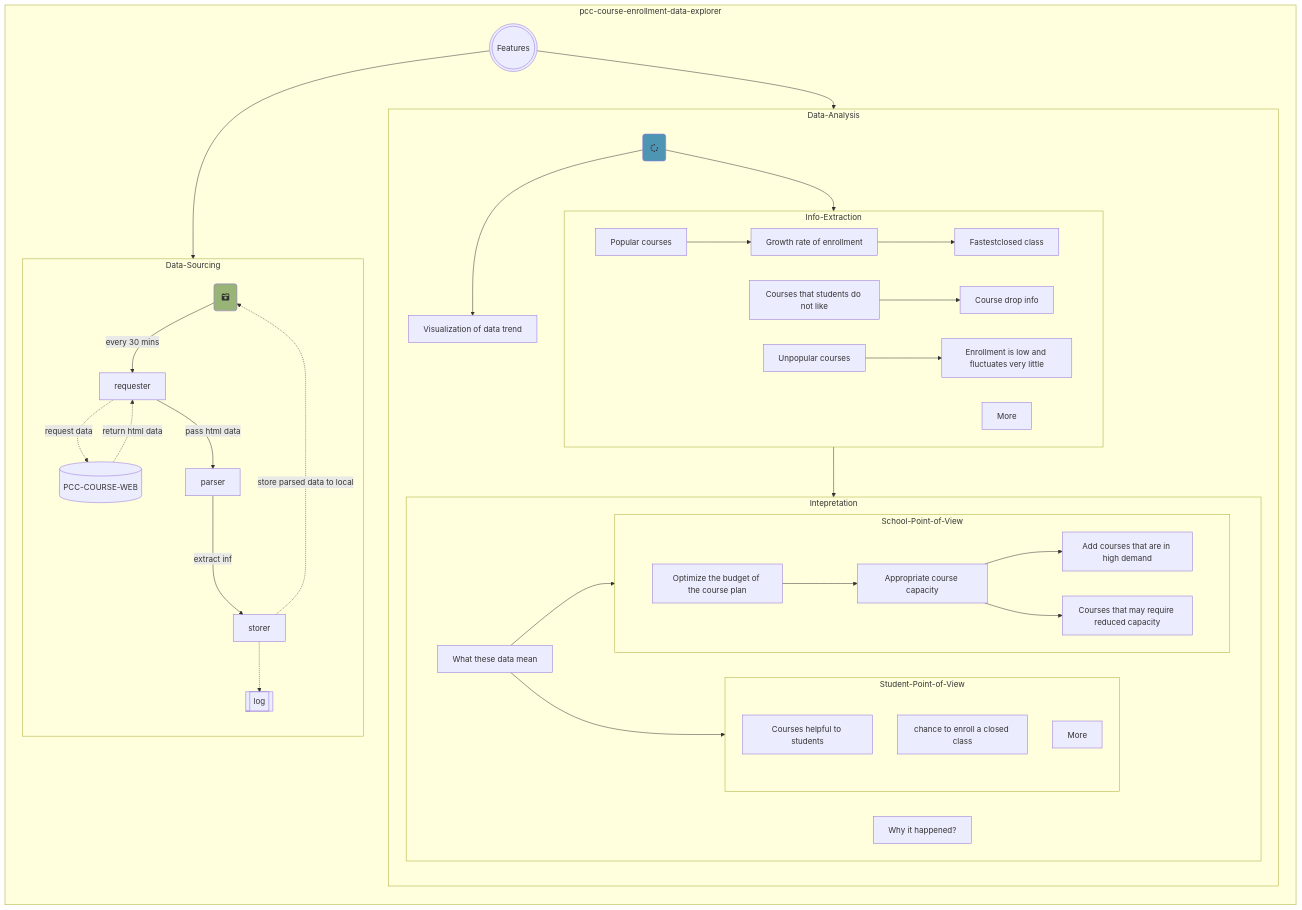
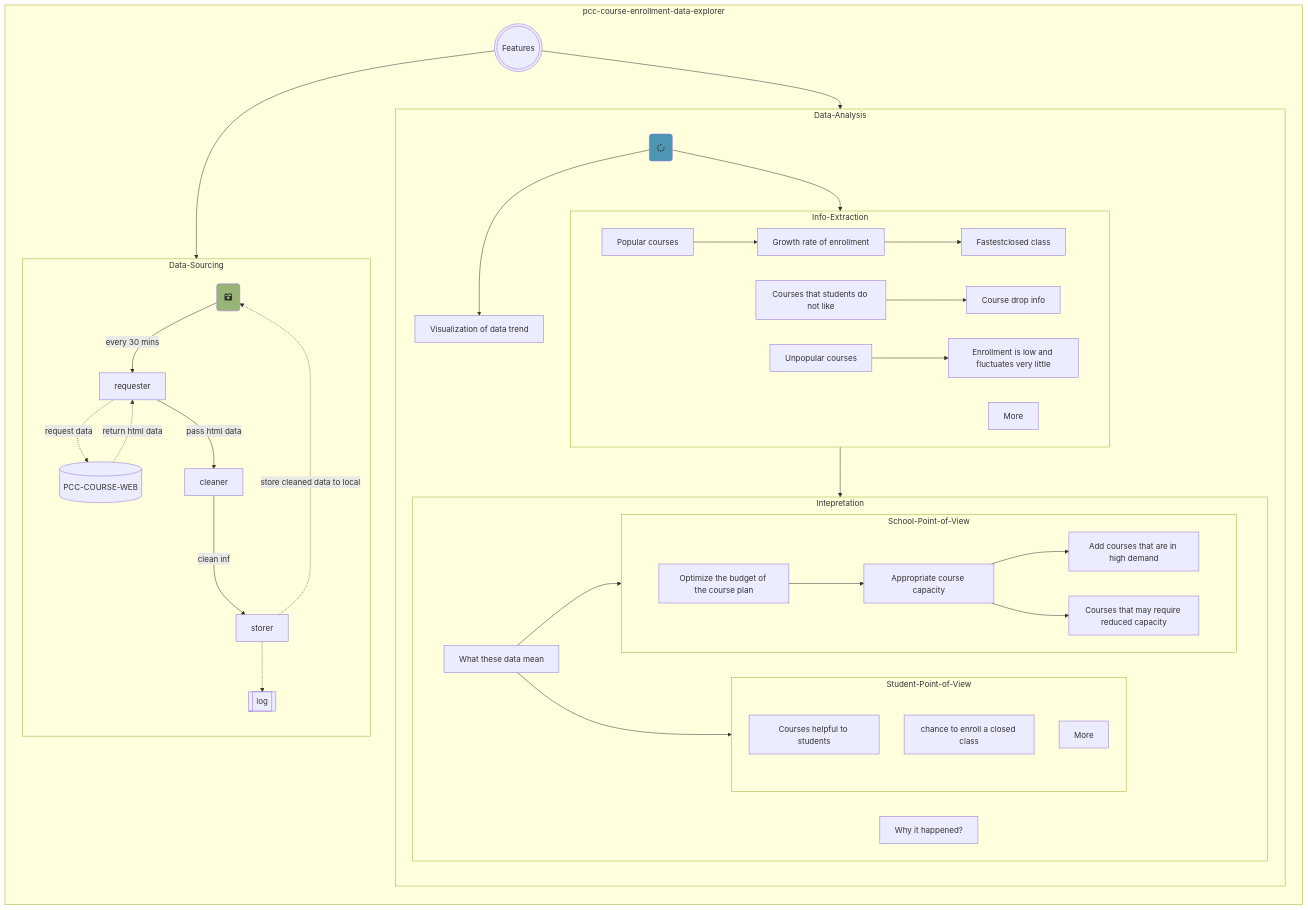
Before and after one commit to perryzjc/pcc-course-enrollment-data-explorer: the diagram in README.md, drawn with Mermaid. The commit also changed other lines of this file and 5 other files, not shown here.

First line of the commit message:
Change name of parser related module and function to cleaner

````diff
--- a/README.md
+++ b/README.md
@@ -23,59 +23,59 @@
 ```mermaid
 flowchart LR
 subgraph pcc-course-enrollment-data-explorer
     DATA(((Features)))
     DATA --> Data-Sourcing
     DATA --> Data-Analysis
     subgraph Data-Sourcing
         S(fa:fa-camera-retro)
             style S fill:#98B476
         direction TB
         PCC[(PCC-COURSE-WEB)]
         A[requester]
-        B[parser]
+        B[cleaner]
         C[storer]
         L[[log]]
         S --every 30 mins--> A
         A -.request data.-> PCC -.return html data.-> A
         A --pass html data--> B
-        B --extract info--> C
+        B --clean info--> C
         C .-> L
-        C -.store parsed data to local.-> S
+        C -.store cleaned data to local.-> S
 
     end
     subgraph Data-Analysis
         ANA(fa:fa-spinner)
             style ANA fill:#4E95B4
         direction TB
         ANA --> Info-Extraction
         ANA --> E["Visualization of data trend"]
         Info-Extraction --> Intepretation
 
         subgraph Info-Extraction
             CO[Popular courses]
             CO --> IRA[Growth rate of enrollment]
             IRA --> FC[Fastestclosed class]
             NL[Courses that students do not like] --> DR[Course drop info]
             UP[Unpopular courses] --> EL[Enrollment is low and fluctuates very little]
             MO[More]
         end
 
         subgraph Intepretation
             Q1["Why it happened?"]
             DM[What these data mean] --> Student-Point-of-View
             DM[What these data mean] --> School-Point-of-View
             subgraph Student-Point-of-View
                 CH[Courses helpful to students]
                 Q21["chance to enroll a closed class"]
                 M2[More]
             end
             subgraph School-Point-of-View
                 BA[Optimize the budget of the course plan] --> CC[Appropriate course capacity]
                 CC --> HD[Add courses that are in high demand]
                 CC --> LD[Courses that may require reduced capacity]
             end
         end
     end
 end
 
 ```
````
